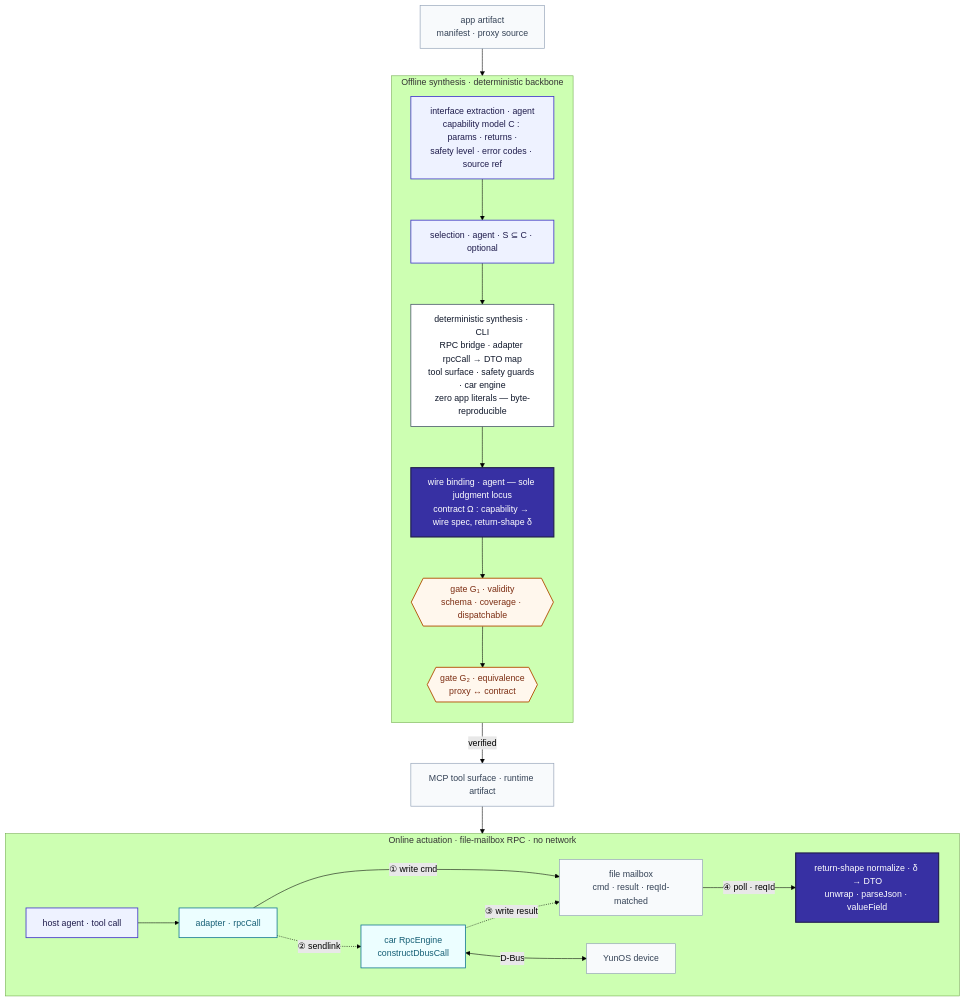
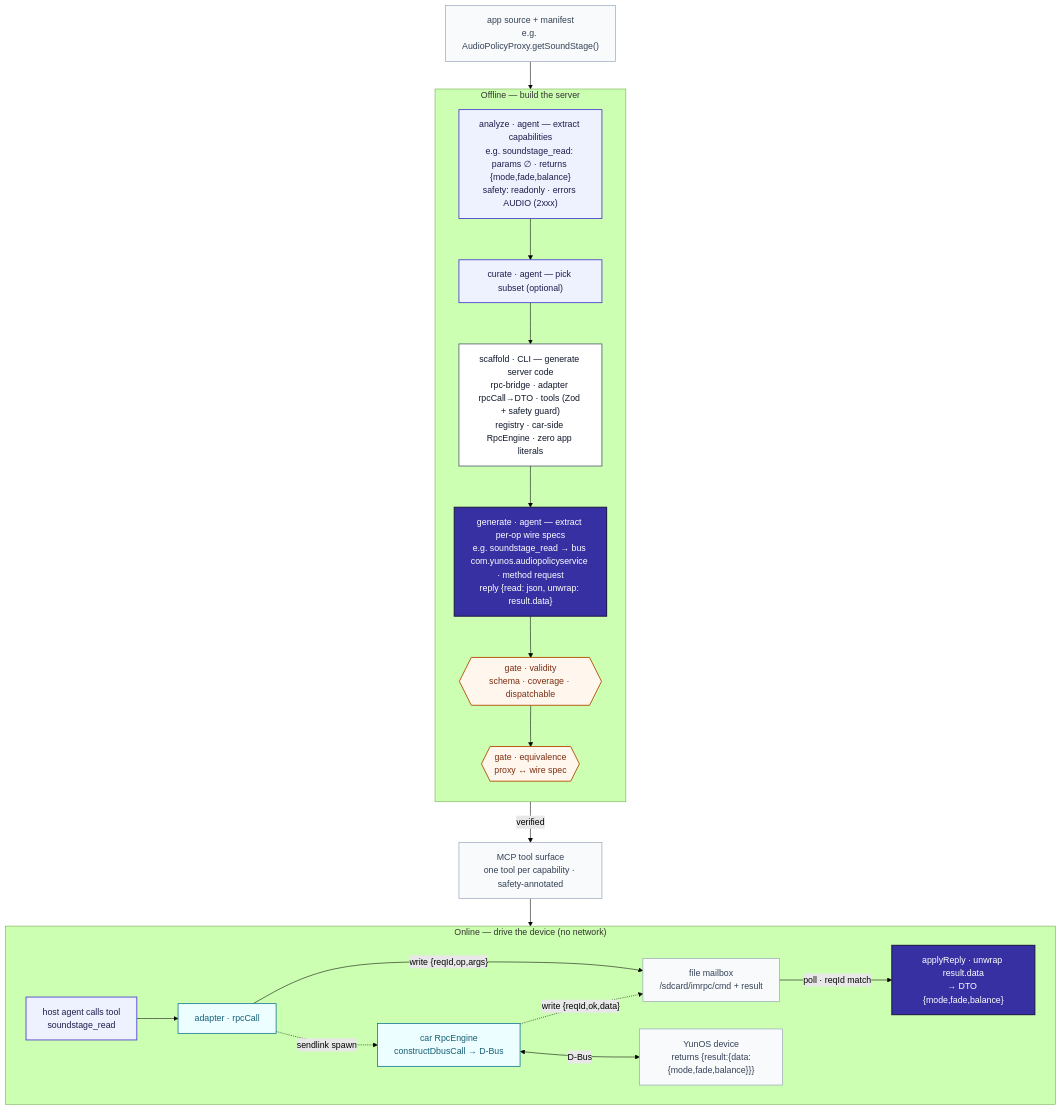
Before and after one commit to MatCaviar/BRIDGE: the first of 3 diagrams in README.md, drawn with Mermaid (forest theme). The commit also changed other lines of this file, not shown here.

Commit message:
docs(readme): concrete multi-figure how-it-works (pipeline + return-shape extraction + round-trip sequence); agent terminology

````diff
--- a/README.md
+++ b/README.md
@@ -25,43 +31,43 @@
 ```mermaid
 flowchart TD
     classDef agent fill:#eef2ff,stroke:#4338ca,stroke-width:1.5px,color:#1e1b4b
     classDef det fill:#ffffff,stroke:#475569,stroke-width:1.4px,color:#0f172a
     classDef gate fill:#fff7ed,stroke:#b45309,stroke-width:1.7px,color:#7c2d12
     classDef rt fill:#ecfeff,stroke:#0e7490,stroke-width:1.4px,color:#155e75
     classDef art fill:#f8fafc,stroke:#94a3b8,stroke-width:1.2px,color:#334155
     classDef key fill:#3730a3,stroke:#1e1b4b,stroke-width:2px,color:#ffffff
 
-    SRC["app artifact<br/>manifest · proxy source"]:::art
+    SRC["app source + manifest<br/>e.g. AudioPolicyProxy.getSoundStage()"]:::art
 
-    subgraph OFF ["Offline synthesis · deterministic backbone"]
+    subgraph OFF ["Offline — build the server"]
       direction TB
-      EXT["interface extraction · agent<br/>capability model C : params · returns ·<br/>safety level · error codes · source ref"]:::agent
-      SEL["selection · agent · S ⊆ C · optional"]:::agent
-      SYN["deterministic synthesis · CLI<br/>RPC bridge · adapter rpcCall → DTO map<br/>tool surface · safety guards · car engine<br/>zero app literals — byte-reproducible"]:::det
-      BIND["wire binding · agent — sole judgment locus<br/>contract Ω : capability → wire spec, return-shape δ"]:::key
-      G1{{"gate G₁ · validity<br/>schema · coverage · dispatchable"}}:::gate
-      G2{{"gate G₂ · equivalence<br/>proxy ↔ contract"}}:::gate
+      EXT["analyze · agent — extract capabilities<br/>e.g. soundstage_read: params ∅ · returns {mode,fade,balance}<br/>safety: readonly · errors AUDIO (2xxx)"]:::agent
+      SEL["curate · agent — pick subset (optional)"]:::agent
+      SYN["scaffold · CLI — generate server code<br/>rpc-bridge · adapter rpcCall→DTO · tools (Zod + safety guard)<br/>registry · car-side RpcEngine · zero app literals"]:::det
+      BIND["generate · agent — extract per-op wire specs<br/>e.g. soundstage_read → bus com.yunos.audiopolicyservice · method request<br/>reply {read: json, unwrap: result.data}"]:::key
+      G1{{"gate · validity<br/>schema · coverage · dispatchable"}}:::gate
+      G2{{"gate · equivalence<br/>proxy ↔ wire spec"}}:::gate
       EXT --> SEL --> SYN --> BIND --> G1 --> G2
     end
 
     SRC --> EXT
-    G2 -->|"verified"| TS["MCP tool surface · runtime artifact"]:::art
+    G2 -->|"verified"| TS["MCP tool surface<br/>one tool per capability · safety-annotated"]:::art
 
-    subgraph ON ["Online actuation · file-mailbox RPC · no network"]
+    subgraph ON ["Online — drive the device (no network)"]
       direction LR
-      CALL["host agent · tool call"]:::agent
+      CALL["host agent calls tool<br/>soundstage_read"]:::agent
       ADP["adapter · rpcCall"]:::rt
-      MAIL["file mailbox<br/>cmd · result · reqId-matched"]:::art
-      ENG["car RpcEngine<br/>constructDbusCall"]:::rt
-      DEV["YunOS device"]:::art
-      NORM["return-shape normalize · δ → DTO<br/>unwrap · parseJson · valueField"]:::key
+      MAIL["file mailbox<br/>/sdcard/imrpc/cmd + result"]:::art
+      ENG["car RpcEngine<br/>constructDbusCall → D-Bus"]:::rt
+      DEV["YunOS device<br/>returns {result:{data:{mode,fade,balance}}}"]:::art
+      NORM["applyReply · unwrap result.data<br/>→ DTO {mode,fade,balance}"]:::key
       CALL --> ADP
-      ADP -->|"① write cmd"| MAIL
-      ADP -.->|"② sendlink"| ENG
+      ADP -->|"write {reqId,op,args}"| MAIL
+      ADP -.->|"sendlink spawn"| ENG
       ENG <-->|"D-Bus"| DEV
-      ENG -.->|"③ write result"| MAIL
-      MAIL -->|"④ poll · reqId"| NORM
+      ENG -.->|"write {reqId,ok,data}"| MAIL
+      MAIL -->|"poll · reqId match"| NORM
     end
 
     TS --> CALL
 ```
````
